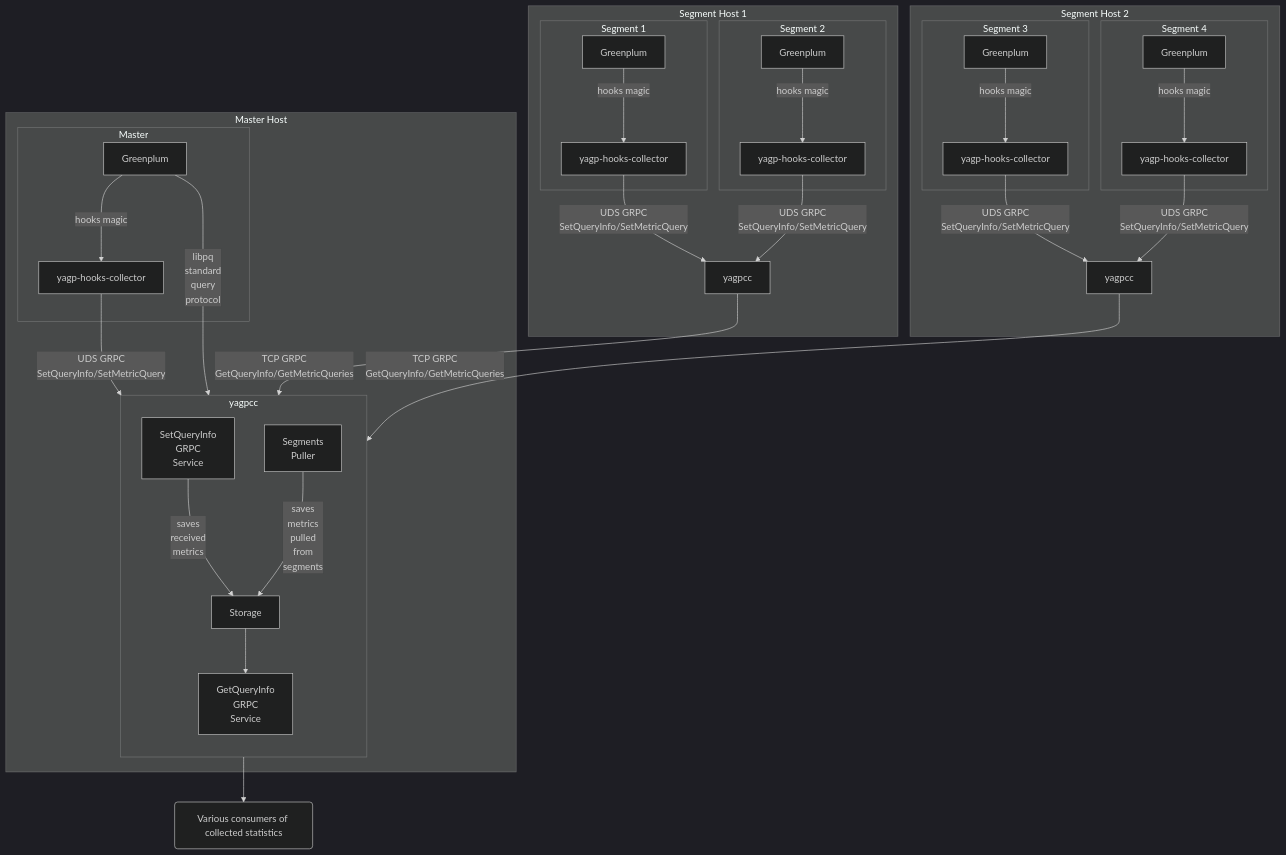
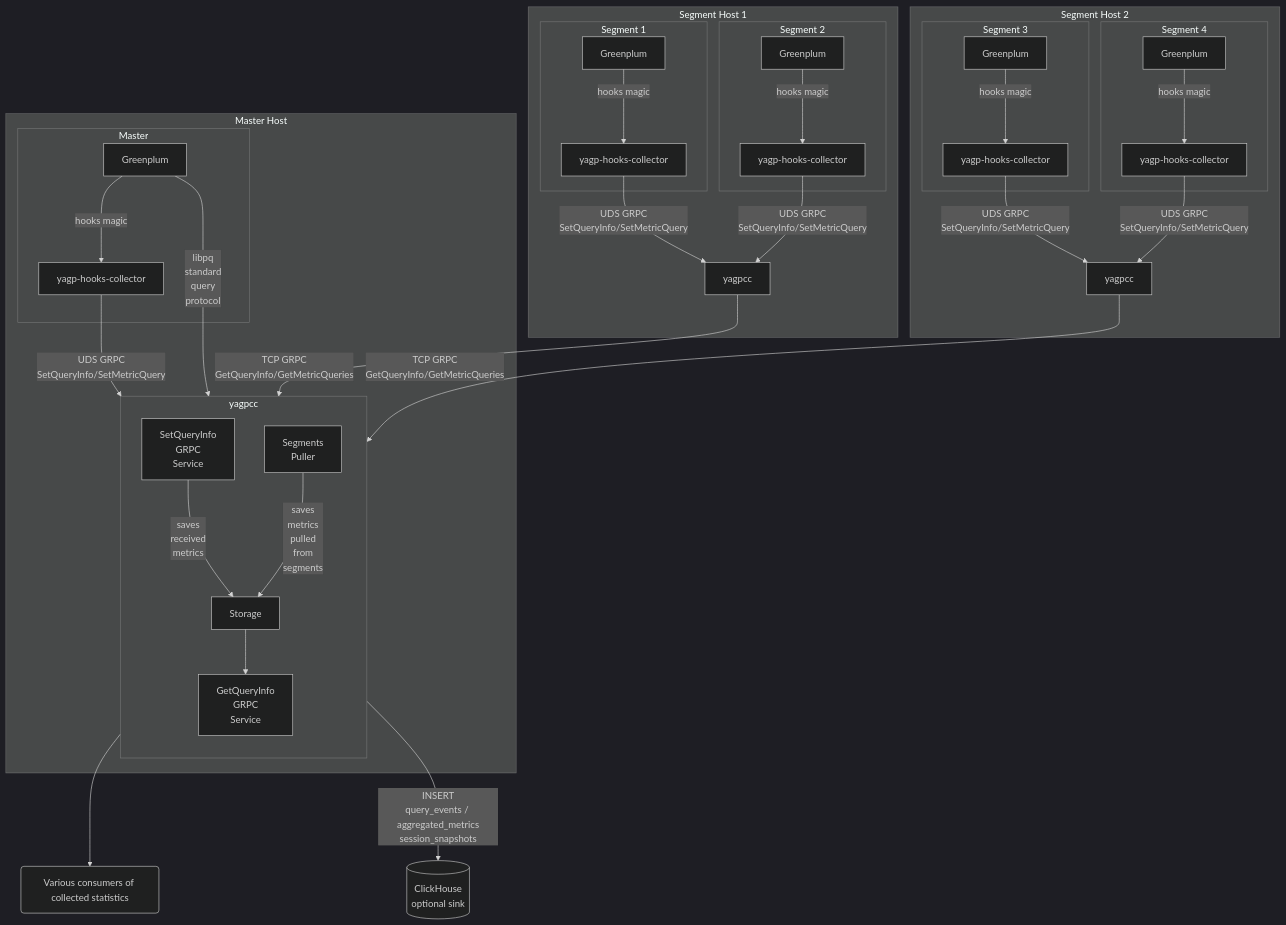
Before and after one commit to open-gpdb/yagpcc: the diagram in docs/architecture.md, drawn with Mermaid (dark theme). The commit also changed other lines of this file and 45 other files, not shown here.

First line of the commit message:
feat: ClickHouse sink for query history, aggregated metrics and session snapshots

````diff
--- a/docs/architecture.md
+++ b/docs/architecture.md
@@ -25,76 +25,78 @@
 ```mermaid
 flowchart TB
     subgraph SegmentHostA[Segment Host 1]
         subgraph Segment01[Segment 1]
             Greenplum01[Greenplum]
             YagpHooksCollector01[yagp-hooks-collector]
 
             Greenplum01 --hooks magic--> YagpHooksCollector01
         end
 
         subgraph Segment02[Segment 2]
             Greenplum02[Greenplum]
             YagpHooksCollector02[yagp-hooks-collector]
 
             Greenplum02 --hooks magic--> YagpHooksCollector02
         end
 
         SegmentHostAYagpcc[yagpcc]
 
         YagpHooksCollector01 --UDS GRPC<br>SetQueryInfo/SetMetricQuery--> SegmentHostAYagpcc
         YagpHooksCollector02 --UDS GRPC<br>SetQueryInfo/SetMetricQuery--> SegmentHostAYagpcc
     end
 
     subgraph SegmentHostB[Segment Host 2]
         subgraph Segment03[Segment 3]
             Greenplum03[Greenplum]
             YagpHooksCollector03[yagp-hooks-collector]
 
             Greenplum03 --hooks magic--> YagpHooksCollector03
         end
 
         subgraph Segment04[Segment 4]
             Greenplum04[Greenplum]
             YagpHooksCollector04[yagp-hooks-collector]
 
             Greenplum04 --hooks magic--> YagpHooksCollector04
         end
 
         SegmentHostBYagpcc[yagpcc]
 
         YagpHooksCollector03 --UDS GRPC<br>SetQueryInfo/SetMetricQuery--> SegmentHostBYagpcc
         YagpHooksCollector04 --UDS GRPC<br>SetQueryInfo/SetMetricQuery--> SegmentHostBYagpcc
     end
 
     subgraph MasterHost[Master Host]
         subgraph Master
             Greenplum[Greenplum]
             YagpHooksCollector[yagp-hooks-collector]
 
             Greenplum --hooks magic--> YagpHooksCollector
         end
 
         subgraph yagpcc
             direction TB
 
             YagpccSetQueryInfo[SetQueryInfo<br>GRPC<br>Service]
             YagpccStorage[Storage]
             YagpccSegmentPuller[Segments<br>Puller]
             YagpccGetQueryInfo[GetQueryInfo<br>GRPC<br>Service]
 
             YagpccSetQueryInfo --saves<br>received<br>metrics--> YagpccStorage
             YagpccSegmentPuller --saves<br>metrics<br>pulled<br>from<br>segments--> YagpccStorage
             YagpccStorage --> YagpccGetQueryInfo
         end
 
         YagpHooksCollector --UDS GRPC<br>SetQueryInfo/SetMetricQuery--> yagpcc
         Greenplum --libpq<br>standard<br>query<br>protocol--> yagpcc
     end
 
     SegmentHostAYagpcc --TCP GRPC<br>GetQueryInfo/GetMetricQueries--> yagpcc
     SegmentHostBYagpcc --TCP GRPC<br>GetQueryInfo/GetMetricQueries--> yagpcc
 
     StatsConsumer(Various consumers of collected statistics)
+    ClickHouse[(ClickHouse<br>optional sink)]
 
     yagpcc --> StatsConsumer
+    yagpcc --INSERT<br>query_events / aggregated_metrics<br>session_snapshots--> ClickHouse
 ```
````
